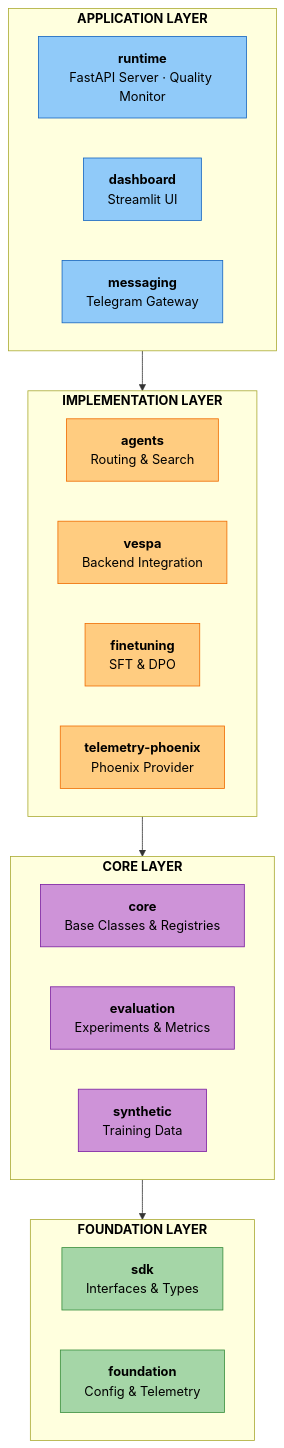
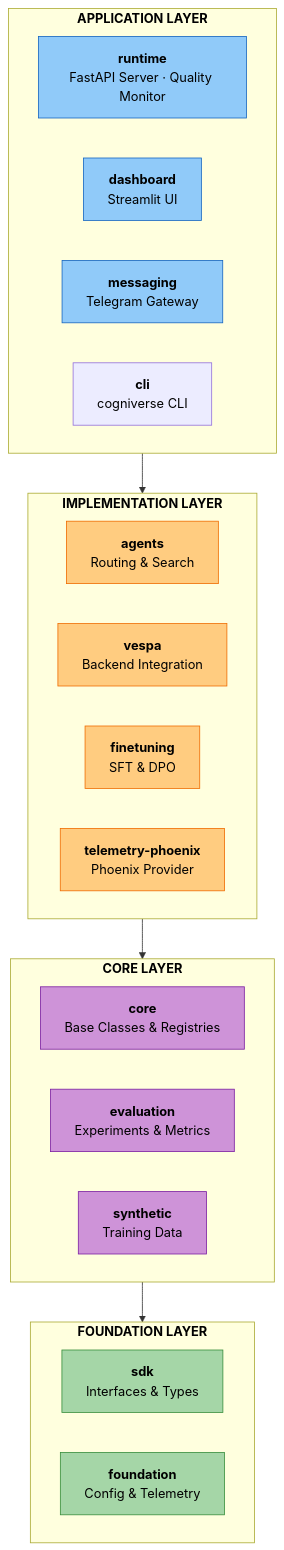
Before and after one commit to amit-jain/cogniverse: the first of 4 diagrams in docs/DEVELOPER_GUIDE.md, drawn with Mermaid. The commit also changed other lines of this file and 56 other files, not shown here.

````diff
--- a/docs/DEVELOPER_GUIDE.md
+++ b/docs/DEVELOPER_GUIDE.md
@@ -70,50 +70,51 @@
 ```mermaid
 flowchart TB
     subgraph APP["<span style='color:#000'><b>APPLICATION LAYER</b></span>"]
         runtime["<span style='color:#000'><b>runtime</b><br/>FastAPI Server · Quality Monitor</span>"]
         dashboard["<span style='color:#000'><b>dashboard</b><br/>Streamlit UI</span>"]
         messaging["<span style='color:#000'><b>messaging</b><br/>Telegram Gateway</span>"]
+        cogcli["<span style='color:#000'><b>cli</b><br/>cogniverse CLI</span>"]
     end
 
     subgraph IMPL["<span style='color:#000'><b>IMPLEMENTATION LAYER</b></span>"]
         agents["<span style='color:#000'><b>agents</b><br/>Routing & Search</span>"]
         vespa["<span style='color:#000'><b>vespa</b><br/>Backend Integration</span>"]
         finetuning["<span style='color:#000'><b>finetuning</b><br/>SFT & DPO</span>"]
         telemetry_phoenix["<span style='color:#000'><b>telemetry-phoenix</b><br/>Phoenix Provider</span>"]
     end
 
     subgraph CORE["<span style='color:#000'><b>CORE LAYER</b></span>"]
         core["<span style='color:#000'><b>core</b><br/>Base Classes & Registries</span>"]
         evaluation["<span style='color:#000'><b>evaluation</b><br/>Experiments & Metrics</span>"]
         synthetic["<span style='color:#000'><b>synthetic</b><br/>Training Data</span>"]
     end
 
     subgraph FOUND["<span style='color:#000'><b>FOUNDATION LAYER</b></span>"]
         sdk["<span style='color:#000'><b>sdk</b><br/>Interfaces & Types</span>"]
         foundation["<span style='color:#000'><b>foundation</b><br/>Config & Telemetry</span>"]
     end
 
     APP --> IMPL
     IMPL --> CORE
     CORE --> FOUND
 
     %% Styling - Foundation Layer (green)
     style sdk fill:#a5d6a7,stroke:#388e3c,color:#000
     style foundation fill:#a5d6a7,stroke:#388e3c,color:#000
 
     %% Styling - Core Layer (purple)
     style core fill:#ce93d8,stroke:#7b1fa2,color:#000
     style evaluation fill:#ce93d8,stroke:#7b1fa2,color:#000
     style synthetic fill:#ce93d8,stroke:#7b1fa2,color:#000
 
     %% Styling - Implementation Layer (orange)
     style agents fill:#ffcc80,stroke:#ef6c00,color:#000
     style vespa fill:#ffcc80,stroke:#ef6c00,color:#000
     style finetuning fill:#ffcc80,stroke:#ef6c00,color:#000
     style telemetry_phoenix fill:#ffcc80,stroke:#ef6c00,color:#000
 
     %% Styling - Application Layer (blue)
     style runtime fill:#90caf9,stroke:#1565c0,color:#000
     style dashboard fill:#90caf9,stroke:#1565c0,color:#000
     style messaging fill:#90caf9,stroke:#1565c0,color:#000
 ```
````
